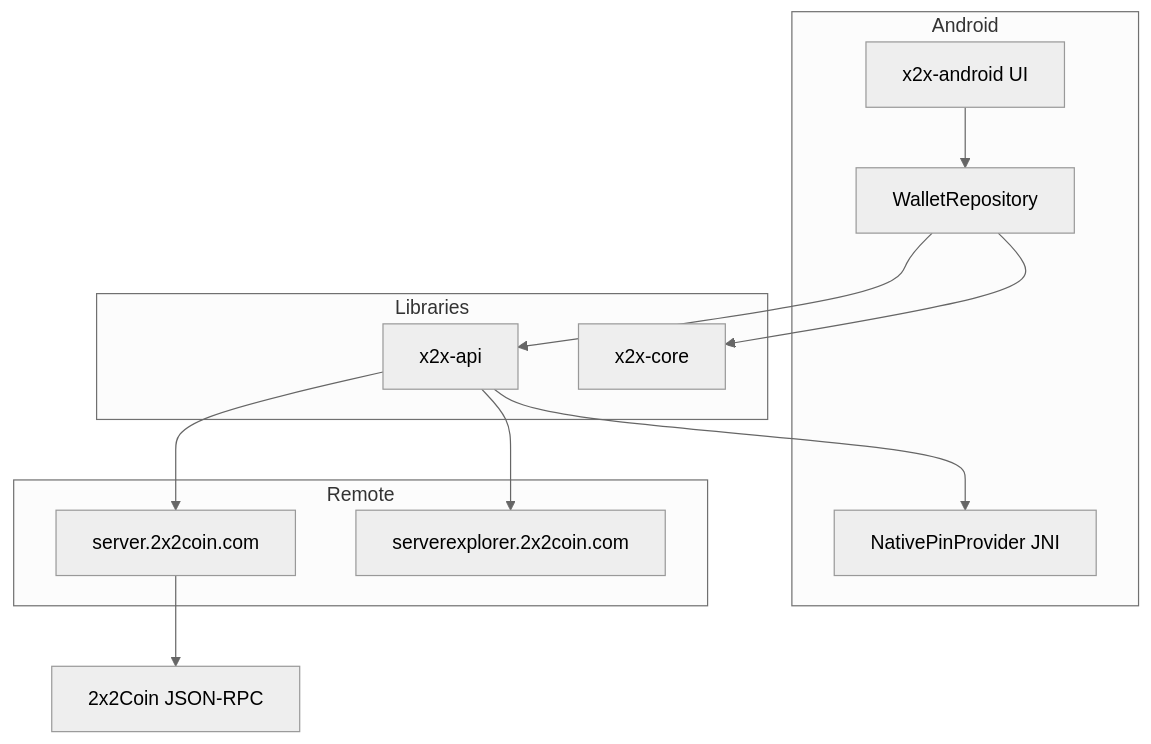
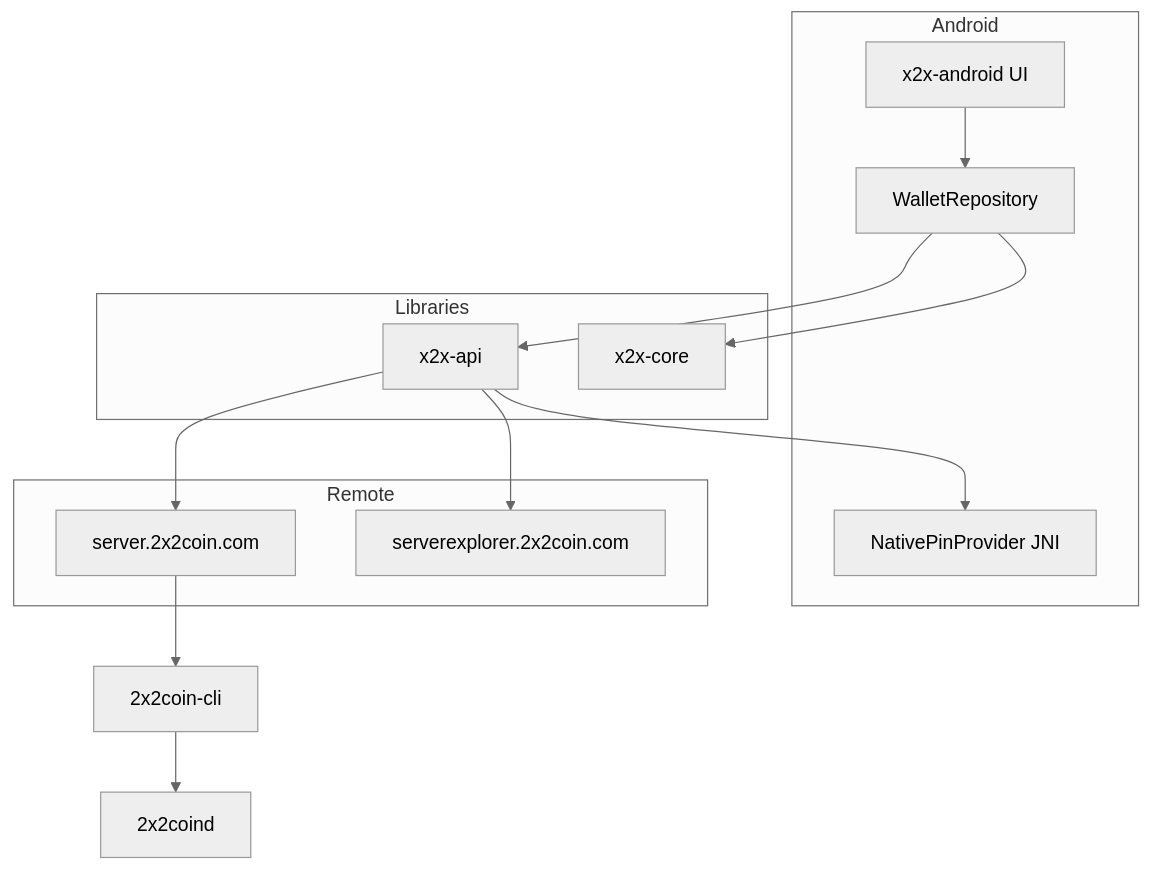
One commit to 2x2devcode/2x2Coin changed the diagram in wallet/docs/ARCHITECTURE.md. Above: the diagram before and after it, drawn with Mermaid (neutral theme). The commit also changed other lines of this file and 15 other files, not shown here.

First line of the commit message:
Route the VPS JSON API through 2x2coin-cli instead of raw HTTP RPC.

````diff
--- a/wallet/docs/ARCHITECTURE.md
+++ b/wallet/docs/ARCHITECTURE.md
@@ -5,26 +5,27 @@
 ```mermaid
 flowchart TB
     subgraph Android
         UI[x2x-android UI]
         Repo[WalletRepository]
         Pin[NativePinProvider JNI]
     end
 
     subgraph Libraries
         API[x2x-api]
         Core[x2x-core]
     end
 
     subgraph Remote
         Server[server.2x2coin.com]
         Explorer[serverexplorer.2x2coin.com]
     end
 
   UI --> Repo
   Repo --> Core
   Repo --> API
   API --> Pin
   API --> Server
   API --> Explorer
-  Server --> Daemon[2x2Coin JSON-RPC]
+  Server --> Cli[2x2coin-cli]
+  Cli --> Daemon[2x2coind]
 ```
````
